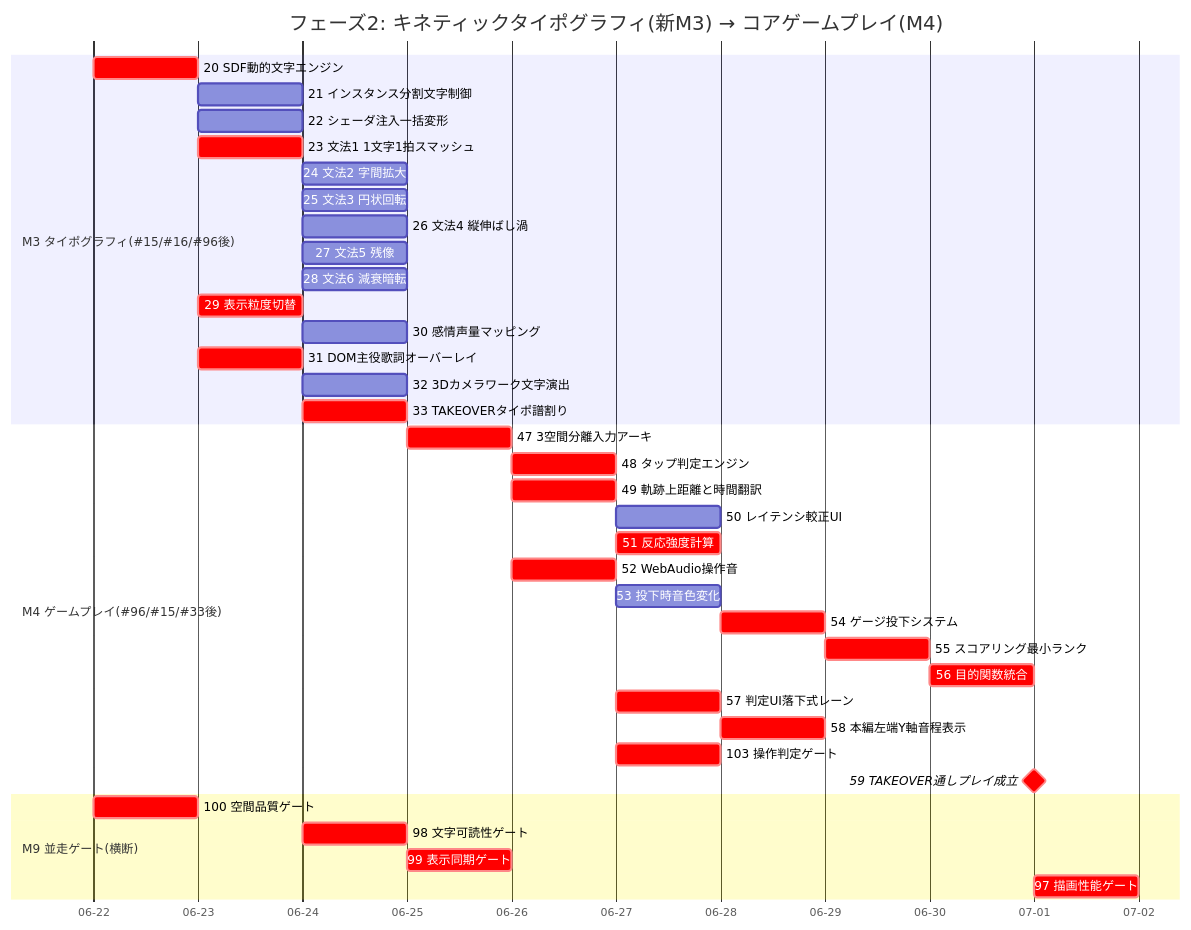
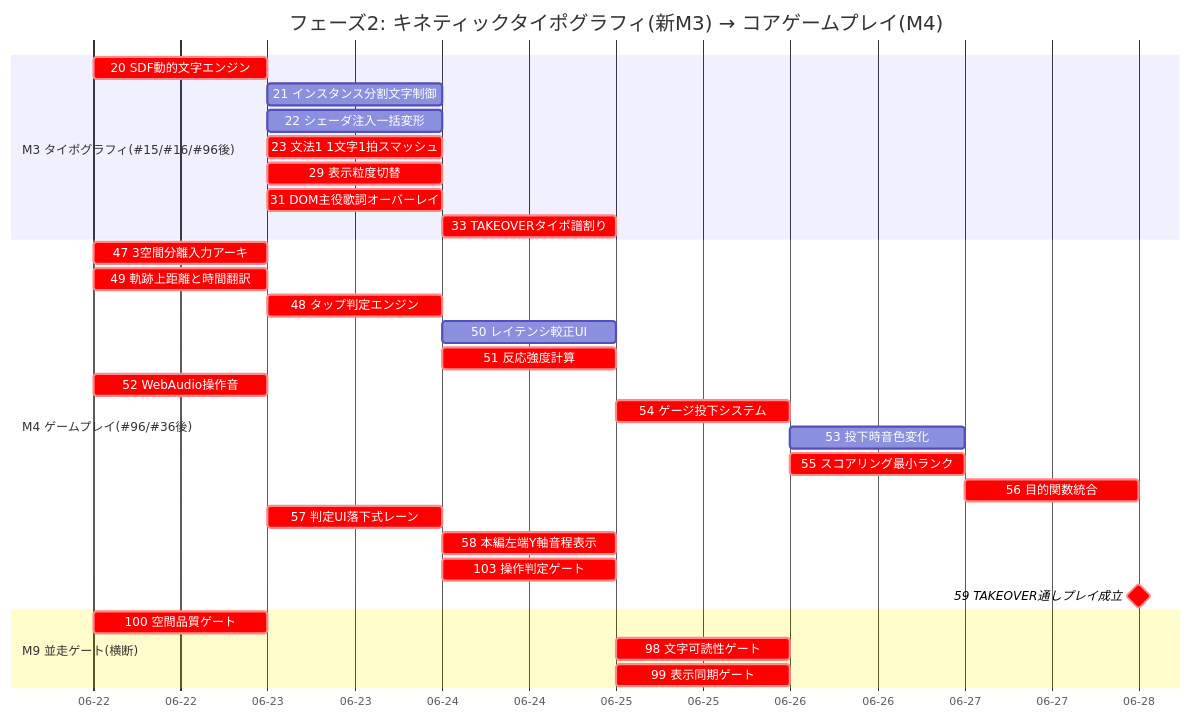
Before and after one commit to KaitoShioya/magical-mirai-2026-procon: the third of 4 diagrams in docs/dev-roadmap-gantt.md, drawn with Mermaid. The commit also changed other lines of this file and 8 other files, not shown here.

First line of the commit message:
docs(roadmap): Issue依存の波層推移図を新規作成しガントを整合

````diff
--- a/docs/dev-roadmap-gantt.md
+++ b/docs/dev-roadmap-gantt.md
@@ -129,41 +136,33 @@
 ```mermaid
 gantt
   title フェーズ2: キネティックタイポグラフィ(新M3) → コアゲームプレイ(M4)
   dateFormat YYYY-MM-DD
   axisFormat %m-%d
   section M3 タイポグラフィ(#15/#16/#96後)
     20 SDF動的文字エンジン     :crit, i20, 2026-06-22, 1d
     21 インスタンス分割文字制御 :i21, after i20, 1d
     22 シェーダ注入一括変形    :i22, after i20, 1d
     23 文法1 1文字1拍スマッシュ :crit, i23, after i20, 1d
-    24 文法2 字間拡大         :i24, after i23, 1d
-    25 文法3 円状回転         :i25, after i23, 1d
-    26 文法4 縦伸ばし渦       :i26, after i23, 1d
-    27 文法5 残像            :i27, after i23, 1d
-    28 文法6 減衰暗転         :i28, after i23, 1d
     29 表示粒度切替           :crit, i29, after i20, 1d
-    30 感情声量マッピング      :i30, after i29, 1d
     31 DOM主役歌詞オーバーレイ :crit, i31, after i20, 1d
-    32 3Dカメラワーク文字演出  :i32, after i29, 1d
-    33 TAKEOVERタイポ譜割り    :crit, i33, after i23 i29 i31, 1d
-  section M4 ゲームプレイ(#96/#15/#33後)
-    47 3空間分離入力アーキ     :crit, i47, after i33, 1d
-    48 タップ判定エンジン      :crit, i48, after i47, 1d
-    49 軌跡上距離と時間翻訳    :crit, i49, after i47, 1d
+    33 TAKEOVERタイポ譜割り    :crit, i33, after i20 i23 i29 i31, 1d
+  section M4 ゲームプレイ(#96/#36後)
+    47 3空間分離入力アーキ     :crit, i47, 2026-06-22, 1d
+    49 軌跡上距離と時間翻訳    :crit, i49, 2026-06-22, 1d
+    48 タップ判定エンジン      :crit, i48, after i47 i49, 1d
     50 レイテンシ較正UI        :i50, after i48, 1d
     51 反応強度計算           :crit, i51, after i48 i49, 1d
-    52 WebAudio操作音         :crit, i52, after i47, 1d
+    52 WebAudio操作音         :crit, i52, 2026-06-22, 1d
+    54 ゲージ投下システム      :crit, i54, after i51, 1d
     53 投下時音色変化         :i53, after i52 i54, 1d
-    54 ゲージ投下システム      :crit, i54, after i51, 1d
-    55 スコアリング最小ランク   :crit, i55, after i54, 1d
+    55 スコアリング最小ランク   :crit, i55, after i51 i54, 1d
     56 目的関数統合           :crit, i56, after i55, 1d
-    57 判定UI落下式レーン      :crit, i57, after i48, 1d
+    57 判定UI落下式レーン      :crit, i57, after i49, 1d
     58 本編左端Y軸音程表示     :crit, i58, after i57, 1d
     103 操作判定ゲート         :crit, i103, after i48 i49, 1d
-    59 TAKEOVER通しプレイ成立  :milestone, crit, i59, after i47 i48 i49 i50 i51 i52 i53 i54 i55 i56 i57 i58 i103, 0d
+    59 TAKEOVER通しプレイ成立  :milestone, crit, i59, after i47 i48 i49 i50 i51 i52 i53 i54 i55 i56 i57 i58 i103 i33, 0d
   section M9 並走ゲート(横断)
     100 空間品質ゲート         :crit, i100, 2026-06-22, 1d
-    98 文字可読性ゲート        :crit, i98, after i31, 1d
+    98 文字可読性ゲート        :crit, i98, after i33, 1d
     99 表示同期ゲート          :crit, i99, after i33, 1d
-    97 描画性能ゲート          :crit, i97, after i59, 1d
 ```
````
